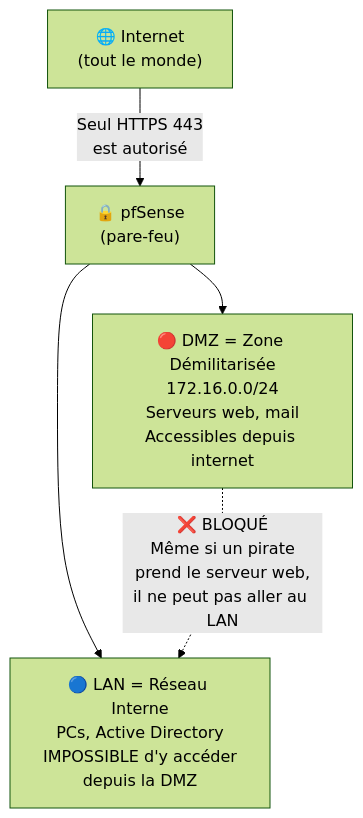
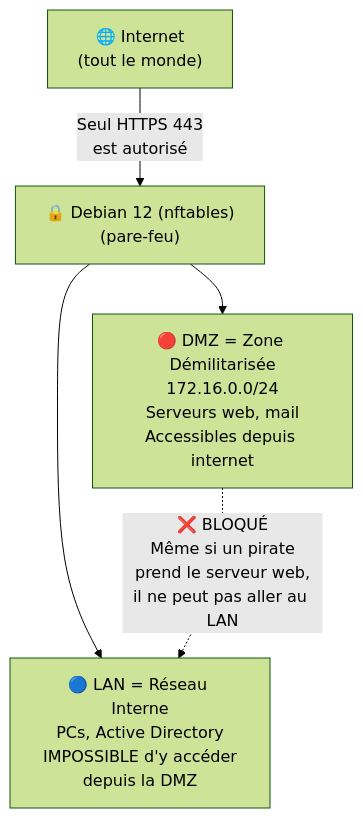
Before and after one commit to Vinceadr/RP-05-Audit-Securite: the ninth of 12 diagrams in gamma-rp05-complet.md, drawn with Mermaid (forest theme). The commit also changed other lines of this file and 4 other files, not shown here.

First line of the commit message:
Remplacement pfSense/Snort/Fail2ban -> nftables/Suricata/CrowdSec dans tous les docs

````diff
--- a/gamma-rp05-complet.md
+++ b/gamma-rp05-complet.md
@@ -271,12 +271,12 @@
 ```mermaid
 graph TD
     INTERNET["🌐 Internet\n(tout le monde)"]
-    PFSENSE["🔒 pfSense\n(pare-feu)"]
+    PFSENSE["🔒 Debian 12 (nftables)\n(pare-feu)"]
     DMZ["🔴 DMZ = Zone Démilitarisée\n172.16.0.0/24\nServeurs web, mail\nAccessibles depuis internet"]
     LAN["🔵 LAN = Réseau Interne\nPCs, Active Directory\nIMPOSSIBLE d'y accéder\ndepuis la DMZ"]
 
     INTERNET -->|"Seul HTTPS 443\nest autorisé"| PFSENSE
     PFSENSE --> DMZ
     PFSENSE --> LAN
     DMZ -.->|"❌ BLOQUÉ\nMême si un pirate\nprend le serveur web,\nil ne peut pas aller au LAN"| LAN
 ```
````
